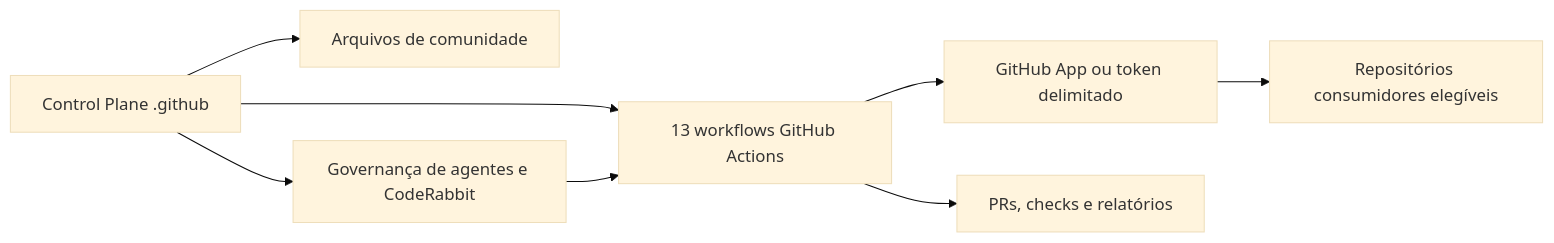
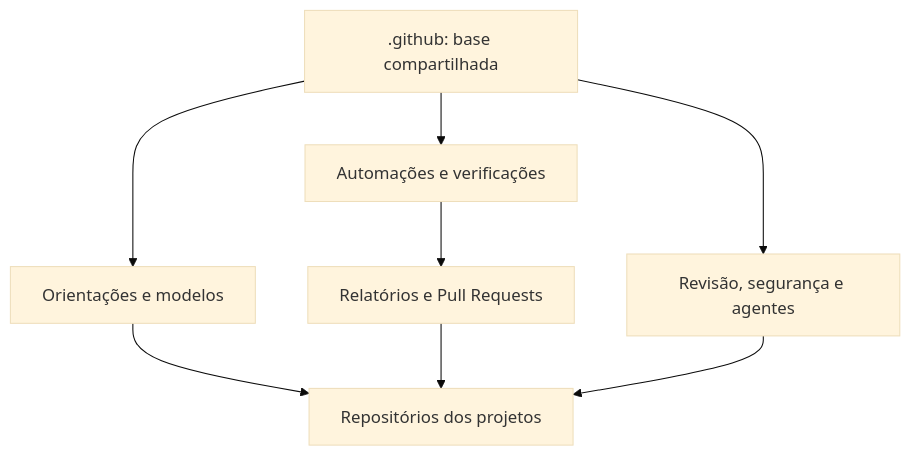
One commit to rodri-oliveira-dev/.github changed the diagram in README.pt-BR.md. Above: the diagram before and after it, drawn with Mermaid (base theme). The commit also changed other lines of this file and 2 other files, not shown here.

````diff
--- a/README.pt-BR.md
+++ b/README.pt-BR.md
@@ -58,10 +22,10 @@
 ```mermaid
-flowchart LR
-  Control["Control Plane .github"] --> Defaults["Arquivos de comunidade"]
-  Control --> Actions["13 workflows GitHub Actions"]
-  Control --> Policies["Governança de agentes e CodeRabbit"]
-  Actions --> App["GitHub App ou token delimitado"]
-  App --> Consumers["Repositórios consumidores elegíveis"]
-  Actions --> Reports["PRs, checks e relatórios"]
-  Policies --> Actions
+flowchart TB
+    Hub[".github: base compartilhada"] --> Guidance["Orientações e modelos"]
+    Hub --> Automation["Automações e verificações"]
+    Hub --> Review["Revisão, segurança e agentes"]
+    Guidance --> Repositories["Repositórios dos projetos"]
+    Automation --> Reports["Relatórios e Pull Requests"]
+    Reports --> Repositories
+    Review --> Repositories
 ```
````
